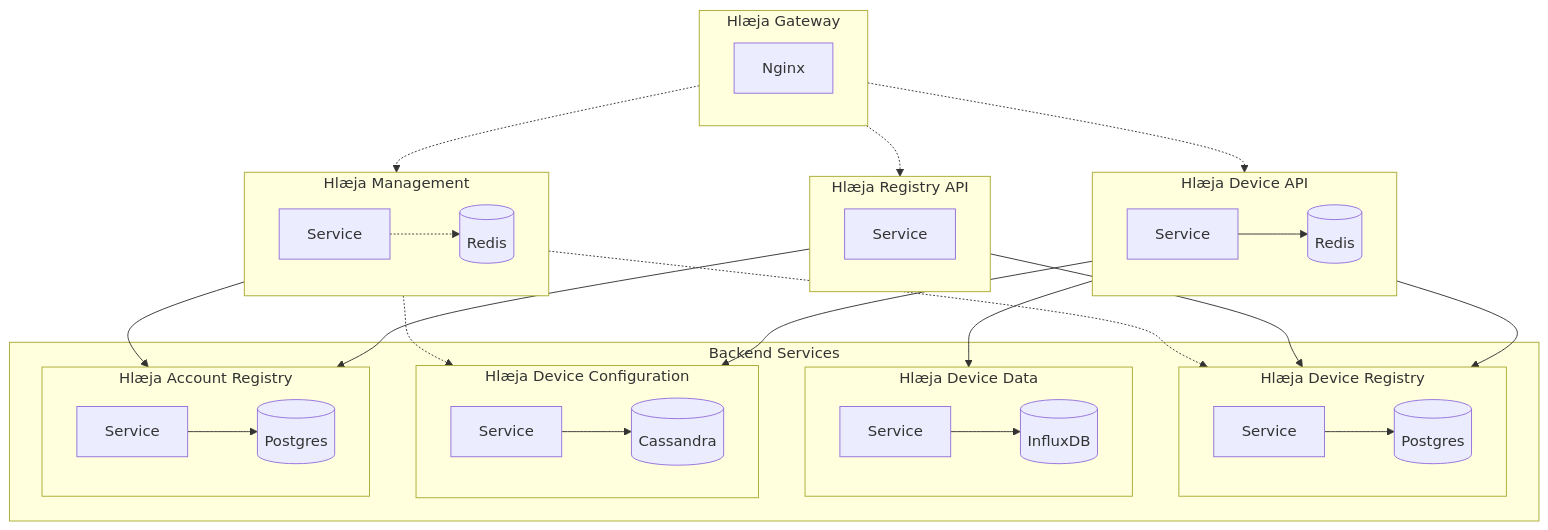
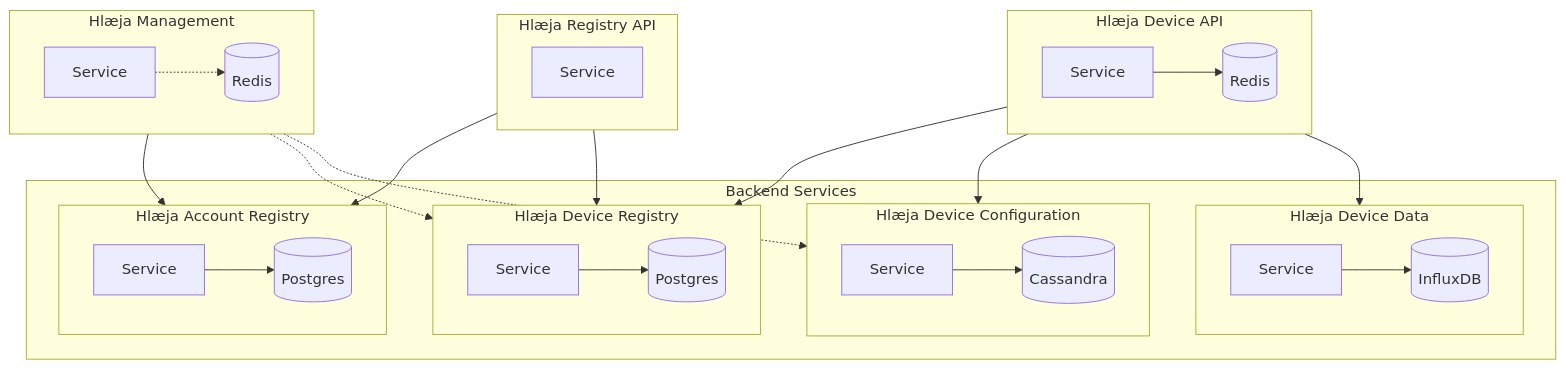
One commit to swordsteel/hlaeja-development changed the first of 2 diagrams in doc/dependency.md. Above: the diagram before and after it, drawn with Mermaid. The commit also changed 27 other files, not shown here.

````diff
--- a/doc/dependency.md
+++ b/doc/dependency.md
@@ -5,46 +5,40 @@
 ```mermaid
 graph TD
 ;
 
   subgraph BE[Backend Services]
     subgraph HDR[Hlæja Device Registry]
       HDRS[Service] --> HDRD[(Postgres)]
     end
     subgraph HDD[Hlæja Device Data]
       HDDS[Service] --> HDDD[(InfluxDB)]
     end
     subgraph HDC[Hlæja Device Configuration]
       HDCS[Service] --> HDCD[(Cassandra)]
     end
     subgraph HAR[Hlæja Account Registry]
       HARS[Service] --> HARD[(Postgres)]
     end
   end
   subgraph HDA[Hlæja Device API]
     HDAS[Service] --> HDAR[(Redis)]
   end
   subgraph HRA[Hlæja Registry API]
     HRAS[Service]
   end
   subgraph HM[Hlæja Management]
     HMS[Service] -.-> HMR[(Redis)]
   end
-  subgraph HG[Hlæja Gateway]
-    HGE[Nginx]
-  end
 
-  HG -.-> HDA
-  HG -.-> HRA
-  HG -.-> HM
 
   HM --> HAR
   HM -.-> HDR
   HM -.-> HDC
 
   HRA --> HAR
   HRA --> HDR
 
   HDA --> HDR
   HDA --> HDC
   HDA --> HDD
 ```
````
